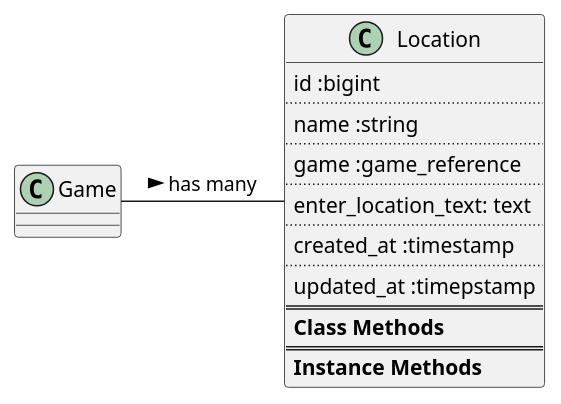
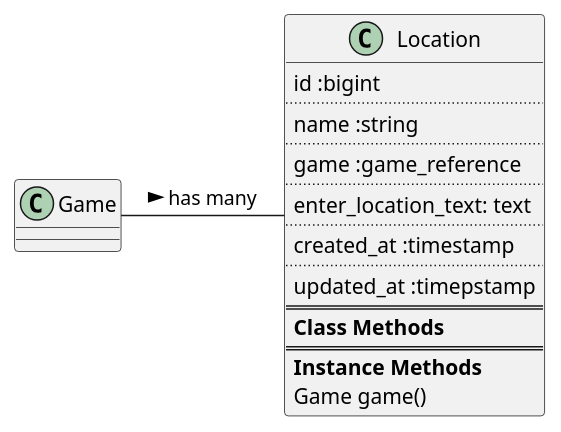
Before and after one commit to MillsJROSS/textplease: the diagram in doc/models/location_class_diagram.puml, drawn with PlantUML. The commit also changed 2 other files, not shown here.

```diff
--- a/doc/models/location_class_diagram.puml
+++ b/doc/models/location_class_diagram.puml
@@ -1,24 +1,25 @@
 @startuml
 
 class Location {
     id :bigint
     ..
     name :string
     ..
     game :game_reference
     ..
     enter_location_text: text
     ..
     created_at :timestamp
     ..
     updated_at :timepstamp
     ==
     **Class Methods**
     ==
     **Instance Methods**
+    Game game()
 }
 
 class Game
 
 Game - Location : has many >
 @enduml
```
